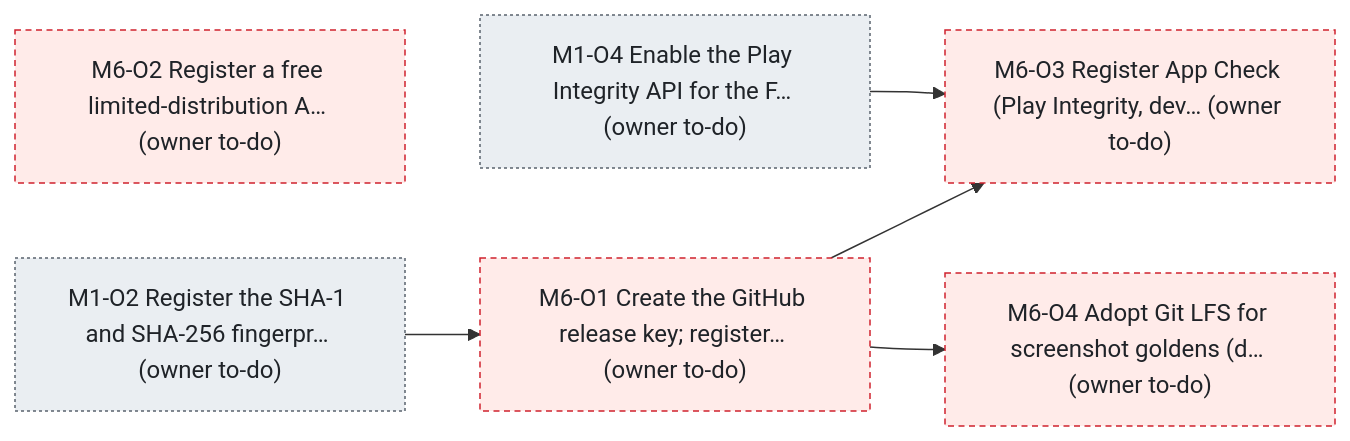
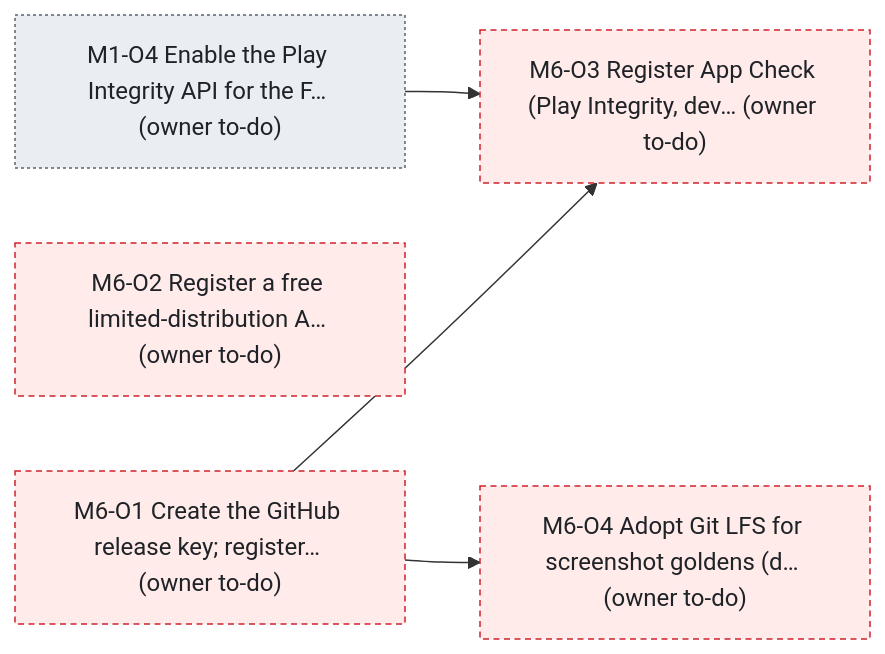
Before and after one commit to bondo/listicles2: the fourth of 4 diagrams in status.md, drawn with Mermaid. The commit also changed other lines of this file and 3 other files, not shown here.

````diff
--- a/status.md
+++ b/status.md
@@ -426,18 +452,16 @@
 ```mermaid
 flowchart LR
     n0["M6-O1 Create the GitHub release key#59; register… (owner to-do)"]:::owner
     n1["M6-O2 Register a free limited-distribution A… (owner to-do)"]:::owner
     n2["M6-O3 Register App Check (Play Integrity, dev… (owner to-do)"]:::owner
     n3["M6-O4 Adopt Git LFS for screenshot goldens (d… (owner to-do)"]:::owner
-    n4["M1-O2 Register the SHA-1 and SHA-256 fingerpr… (owner to-do)"]:::ext
-    n5["M1-O4 Enable the Play Integrity API for the F… (owner to-do)"]:::ext
-    n4 --> n0
+    n4["M1-O4 Enable the Play Integrity API for the F… (owner to-do)"]:::ext
     n0 --> n2
-    n5 --> n2
+    n4 --> n2
     n0 --> n3
     classDef ready fill:#dafbe1,stroke:#1a7f37,color:#1f2328
     classDef progress fill:#ddf4ff,stroke:#0969da,color:#1f2328
     classDef blocked fill:#fff8c5,stroke:#9a6700,color:#1f2328
     classDef owner fill:#ffebe9,stroke:#cf222e,color:#1f2328,stroke-dasharray:4 3
     classDef ext fill:#eaeef2,stroke:#59636e,color:#1f2328,stroke-dasharray:2 2
 ```
````
